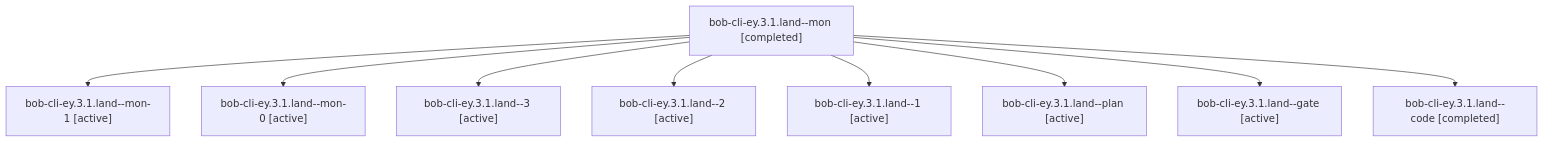
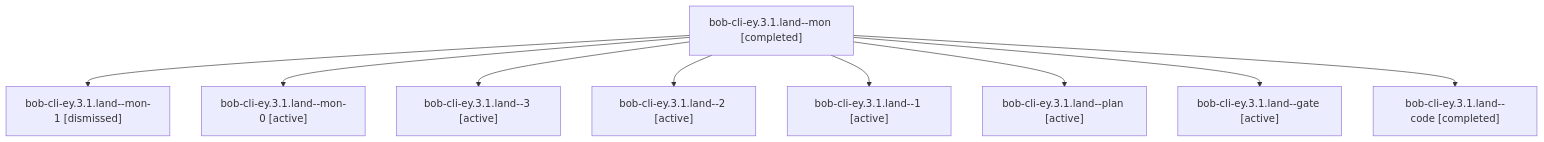
Before and after one commit to bobs-org/bob-cli--agents: the diagram in sessions/bbugyi200.apollo.bob-cli-ey.3.1.land.md, drawn with Mermaid. The commit also changed other lines of this file and 310 other files, not shown here.

````diff
--- a/sessions/bbugyi200.apollo.bob-cli-ey.3.1.land.md
+++ b/sessions/bbugyi200.apollo.bob-cli-ey.3.1.land.md
@@ -9,20 +9,20 @@
 ```mermaid
 flowchart TD
   n0["bob-cli-ey.3.1.land--mon [completed]"]
-  n1["bob-cli-ey.3.1.land--mon-1 [active]"]
+  n1["bob-cli-ey.3.1.land--mon-1 [dismissed]"]
   n0 --> n1
   n2["bob-cli-ey.3.1.land--mon-0 [active]"]
   n0 --> n2
   n3["bob-cli-ey.3.1.land--3 [active]"]
   n0 --> n3
   n4["bob-cli-ey.3.1.land--2 [active]"]
   n0 --> n4
   n5["bob-cli-ey.3.1.land--1 [active]"]
   n0 --> n5
   n6["bob-cli-ey.3.1.land--plan [active]"]
   n0 --> n6
   n7["bob-cli-ey.3.1.land--gate [active]"]
   n0 --> n7
   n8["bob-cli-ey.3.1.land--code [completed]"]
   n0 --> n8
 ```
````
